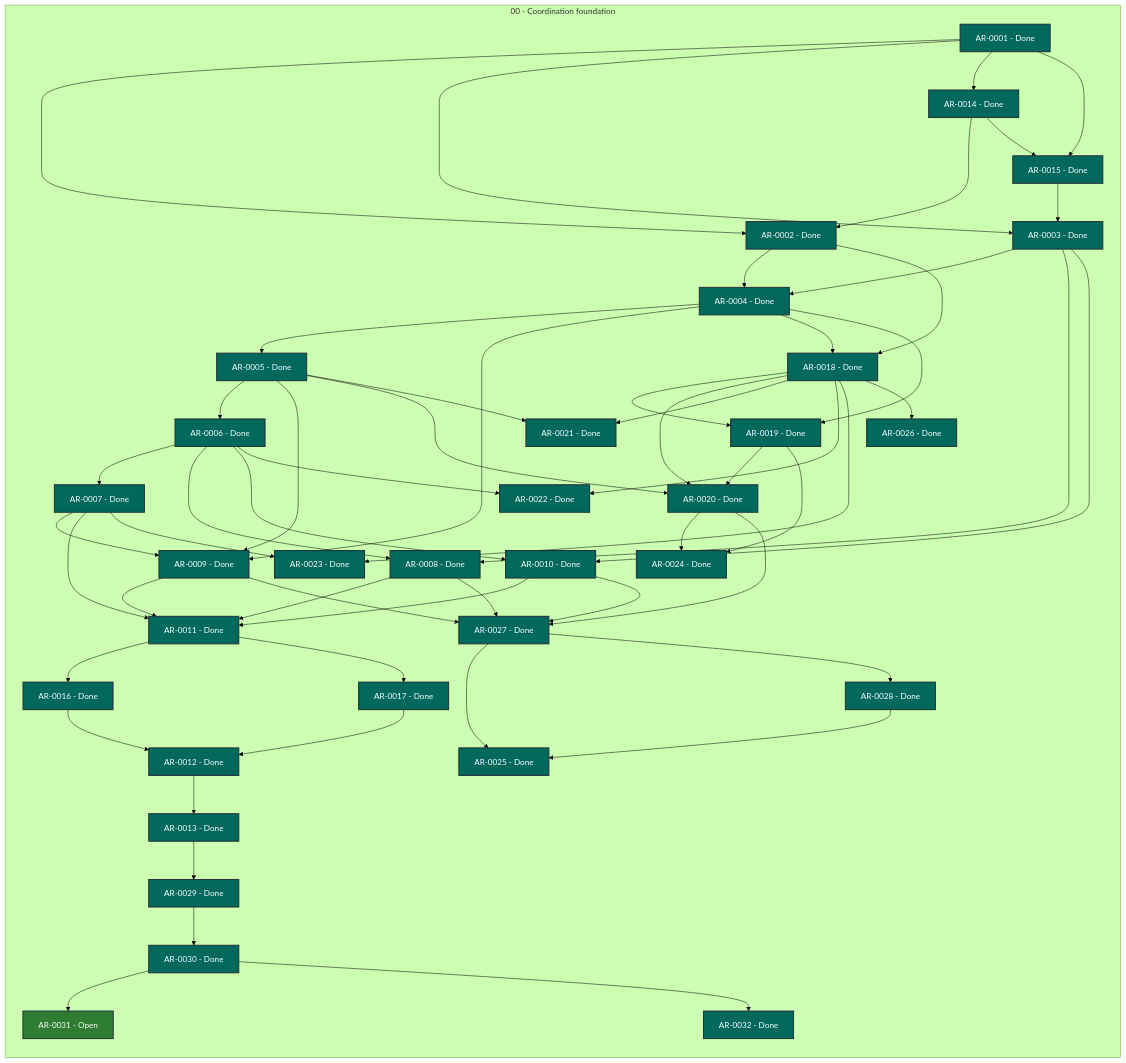
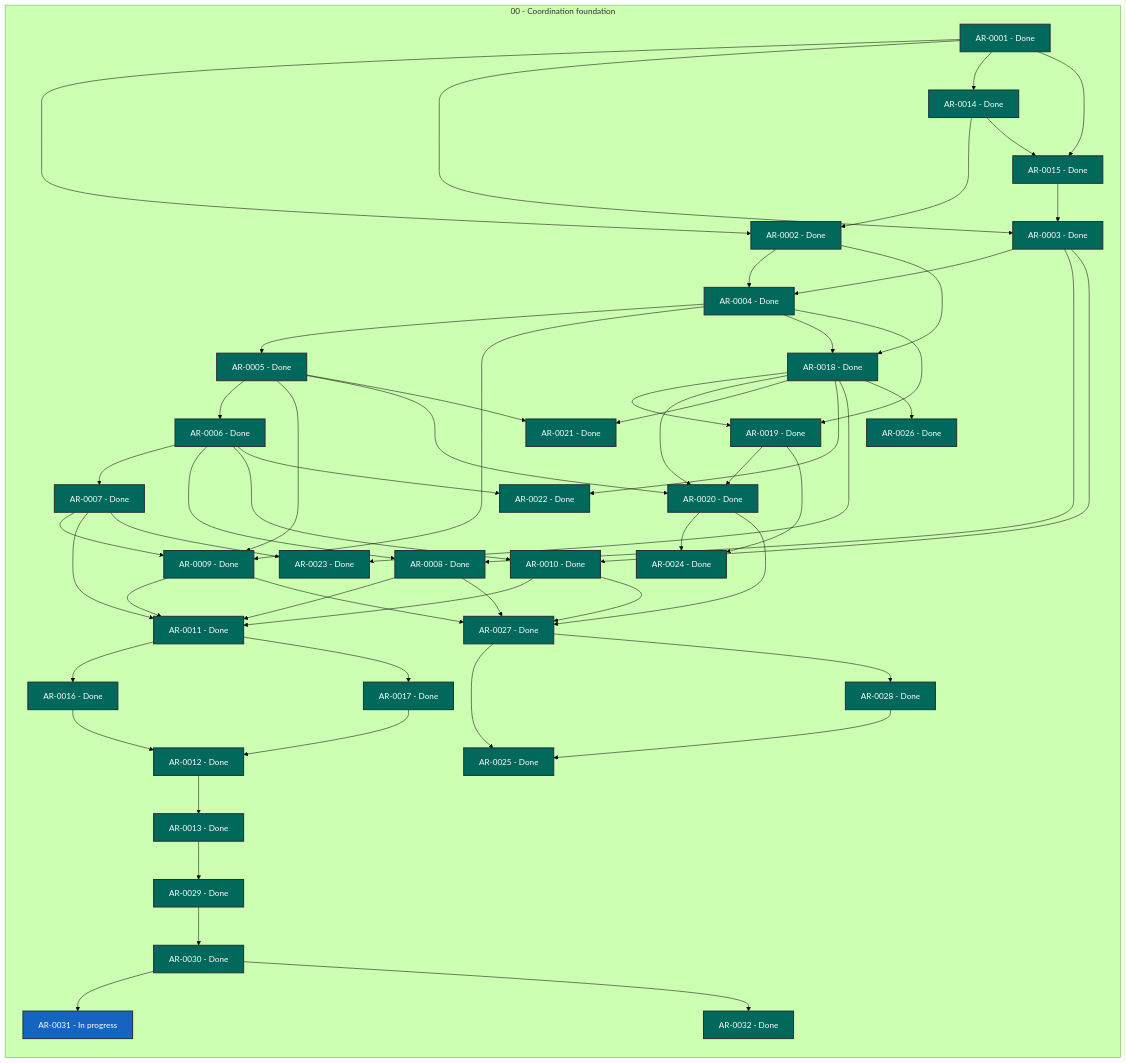
One commit to martin-beck/agent-workflow-tui-state changed the diagram in STATUS.md. Above: the diagram before and after it, drawn with Mermaid (forest theme). The commit also changed other lines of this file and 2 other files, not shown here.

```diff
--- a/STATUS.md
+++ b/STATUS.md
@@ -58,7 +58,7 @@
         AR_0028["AR-0028 - Done"]:::status_done
         AR_0029["AR-0029 - Done"]:::status_done
         AR_0030["AR-0030 - Done"]:::status_done
-        AR_0031["AR-0031 - Open"]:::status_open
+        AR_0031["AR-0031 - In progress"]:::status_in_progress
         AR_0032["AR-0032 - Done"]:::status_done
     end
     AR_0001 --> AR_0002
```
